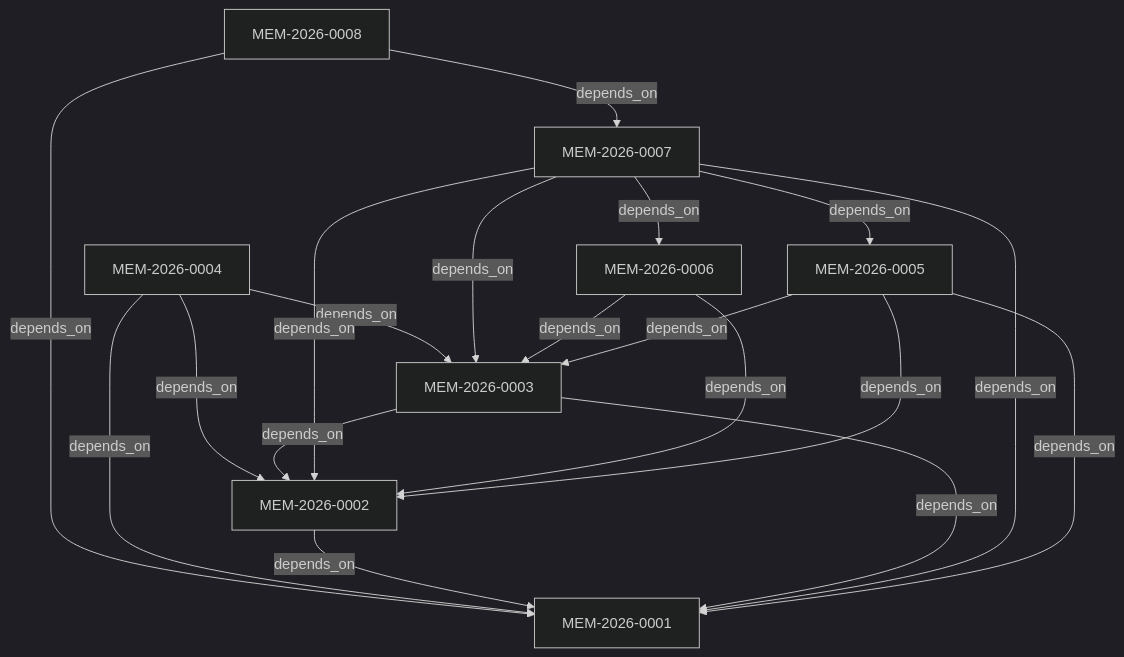
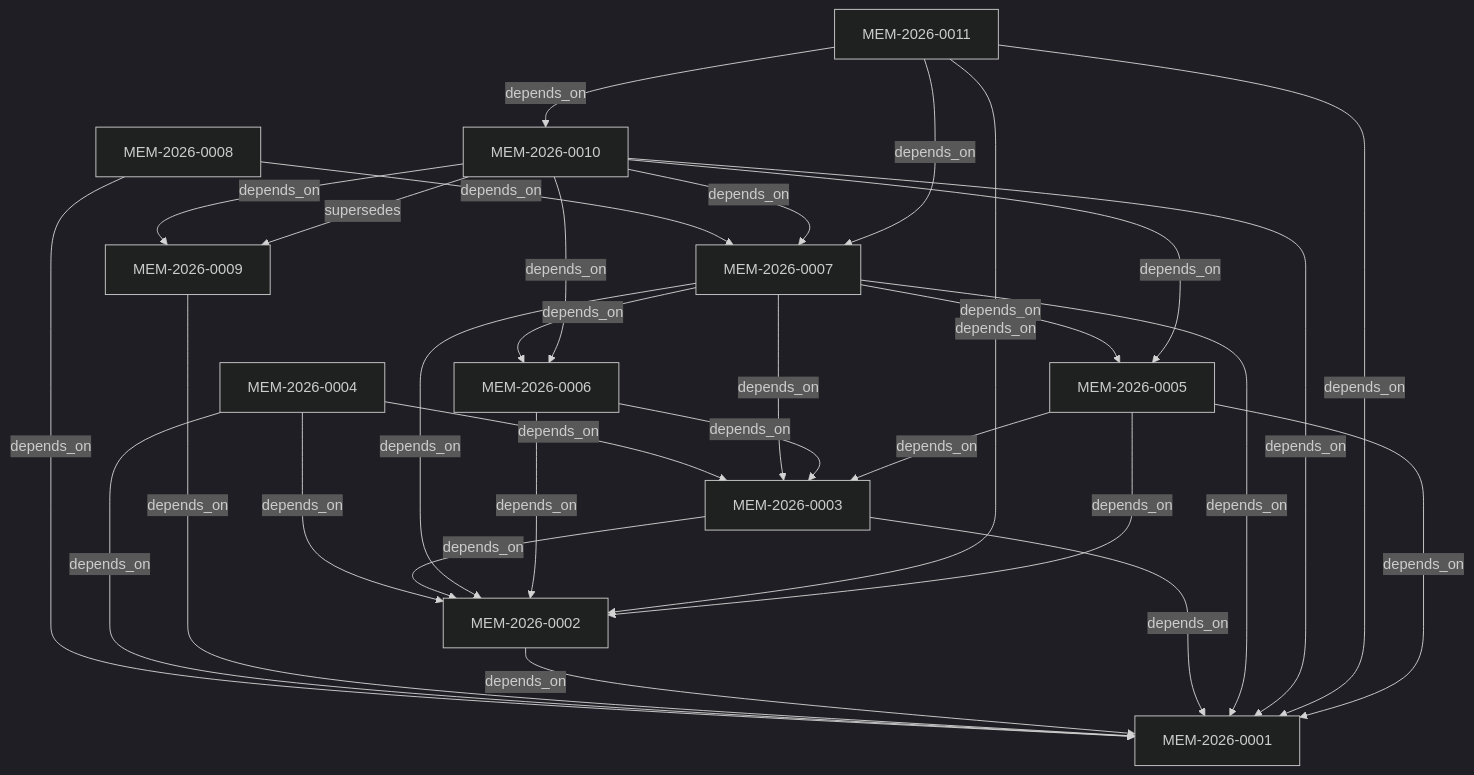
Before and after one commit to joinblue/pi-prism: the diagram in memory/codex/CONTEXT_MAP.md, drawn with Mermaid (dark theme). The commit also changed other lines of this file and 10 other files, not shown here.

````diff
--- a/memory/codex/CONTEXT_MAP.md
+++ b/memory/codex/CONTEXT_MAP.md
@@ -53,21 +56,32 @@
 ```mermaid
 flowchart TD
     MEM_2026_0008["MEM-2026-0008"] -->|"depends_on"| MEM_2026_0001["MEM-2026-0001"]
     MEM_2026_0008["MEM-2026-0008"] -->|"depends_on"| MEM_2026_0007["MEM-2026-0007"]
     MEM_2026_0004["MEM-2026-0004"] -->|"depends_on"| MEM_2026_0001["MEM-2026-0001"]
     MEM_2026_0004["MEM-2026-0004"] -->|"depends_on"| MEM_2026_0002["MEM-2026-0002"]
     MEM_2026_0004["MEM-2026-0004"] -->|"depends_on"| MEM_2026_0003["MEM-2026-0003"]
+    MEM_2026_0009["MEM-2026-0009"] -->|"depends_on"| MEM_2026_0001["MEM-2026-0001"]
     MEM_2026_0002["MEM-2026-0002"] -->|"depends_on"| MEM_2026_0001["MEM-2026-0001"]
     MEM_2026_0003["MEM-2026-0003"] -->|"depends_on"| MEM_2026_0001["MEM-2026-0001"]
     MEM_2026_0003["MEM-2026-0003"] -->|"depends_on"| MEM_2026_0002["MEM-2026-0002"]
     MEM_2026_0007["MEM-2026-0007"] -->|"depends_on"| MEM_2026_0001["MEM-2026-0001"]
     MEM_2026_0007["MEM-2026-0007"] -->|"depends_on"| MEM_2026_0002["MEM-2026-0002"]
     MEM_2026_0007["MEM-2026-0007"] -->|"depends_on"| MEM_2026_0003["MEM-2026-0003"]
     MEM_2026_0007["MEM-2026-0007"] -->|"depends_on"| MEM_2026_0005["MEM-2026-0005"]
     MEM_2026_0007["MEM-2026-0007"] -->|"depends_on"| MEM_2026_0006["MEM-2026-0006"]
     MEM_2026_0006["MEM-2026-0006"] -->|"depends_on"| MEM_2026_0002["MEM-2026-0002"]
     MEM_2026_0006["MEM-2026-0006"] -->|"depends_on"| MEM_2026_0003["MEM-2026-0003"]
+    MEM_2026_0010["MEM-2026-0010"] -->|"depends_on"| MEM_2026_0001["MEM-2026-0001"]
+    MEM_2026_0010["MEM-2026-0010"] -->|"depends_on"| MEM_2026_0007["MEM-2026-0007"]
+    MEM_2026_0010["MEM-2026-0010"] -->|"depends_on"| MEM_2026_0006["MEM-2026-0006"]
+    MEM_2026_0010["MEM-2026-0010"] -->|"depends_on"| MEM_2026_0009["MEM-2026-0009"]
+    MEM_2026_0010["MEM-2026-0010"] -->|"depends_on"| MEM_2026_0005["MEM-2026-0005"]
+    MEM_2026_0011["MEM-2026-0011"] -->|"depends_on"| MEM_2026_0001["MEM-2026-0001"]
+    MEM_2026_0011["MEM-2026-0011"] -->|"depends_on"| MEM_2026_0002["MEM-2026-0002"]
+    MEM_2026_0011["MEM-2026-0011"] -->|"depends_on"| MEM_2026_0007["MEM-2026-0007"]
+    MEM_2026_0011["MEM-2026-0011"] -->|"depends_on"| MEM_2026_0010["MEM-2026-0010"]
     MEM_2026_0005["MEM-2026-0005"] -->|"depends_on"| MEM_2026_0001["MEM-2026-0001"]
     MEM_2026_0005["MEM-2026-0005"] -->|"depends_on"| MEM_2026_0002["MEM-2026-0002"]
     MEM_2026_0005["MEM-2026-0005"] -->|"depends_on"| MEM_2026_0003["MEM-2026-0003"]
+    MEM_2026_0010["MEM-2026-0010"] -->|"supersedes"| MEM_2026_0009["MEM-2026-0009"]
 ```
````
